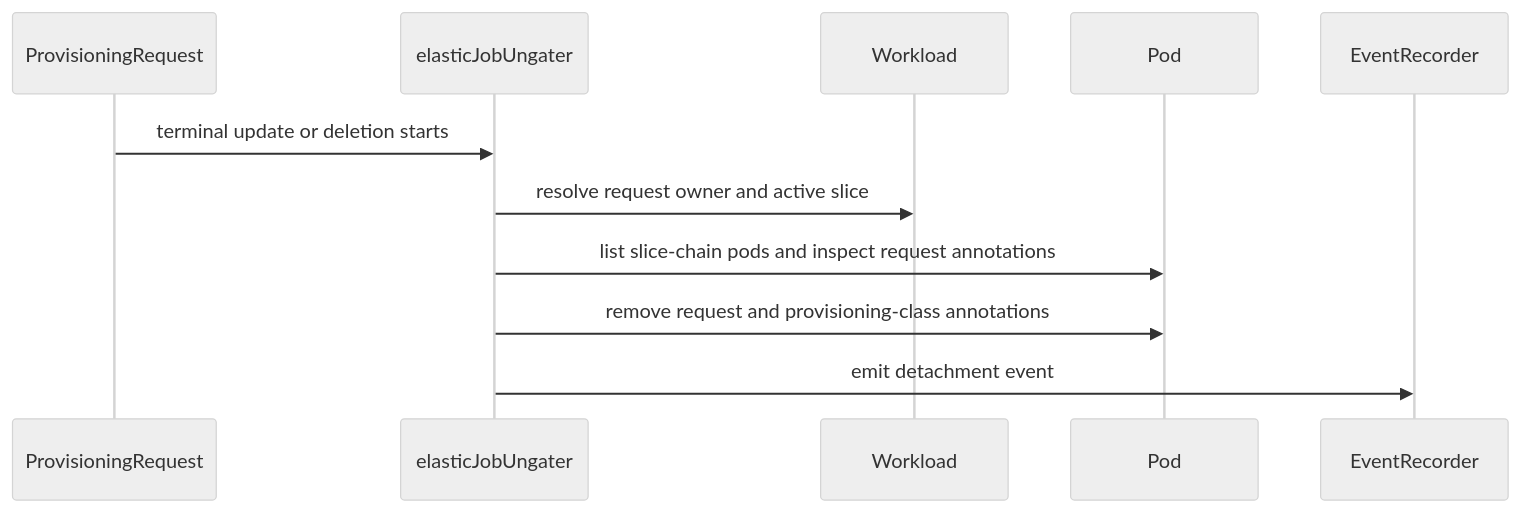
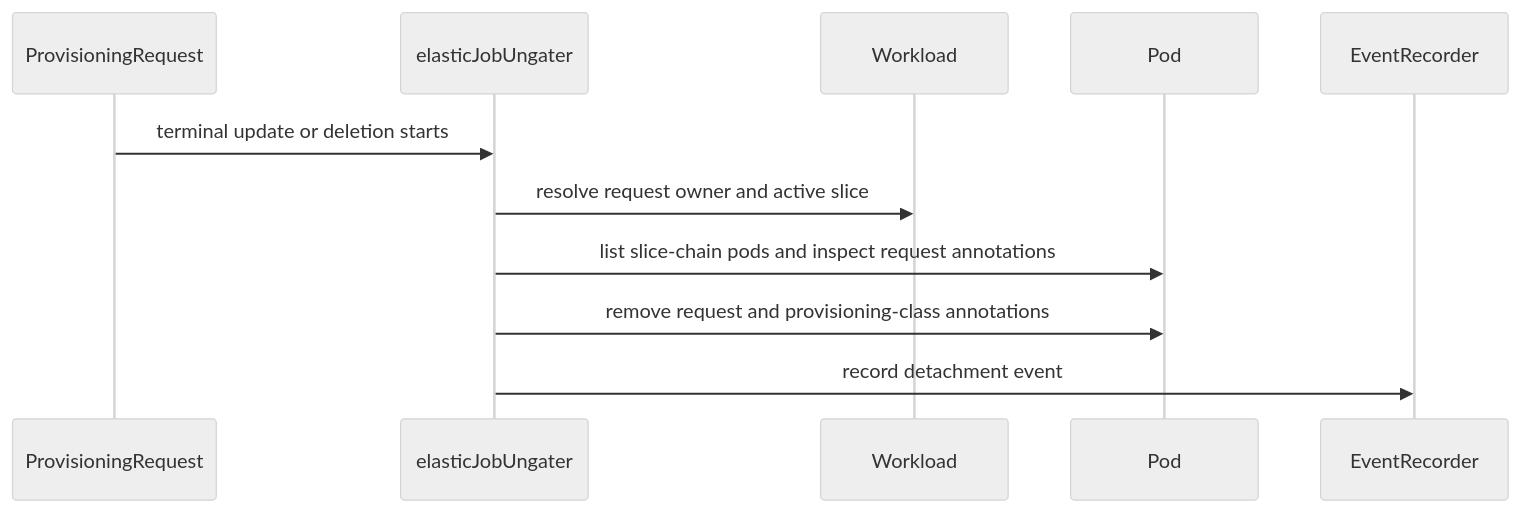
Before and after one commit to reruno/kueue-llm-wiki: the diagram in raw/github/kubernetes-sigs__kueue/pr-18595.md, drawn with Mermaid (neutral theme). The commit also changed other lines of this file and 1319 other files, not shown here.

````diff
--- a/raw/github/kubernetes-sigs__kueue/pr-18595.md
+++ b/raw/github/kubernetes-sigs__kueue/pr-18595.md
@@ -162,13 +190,13 @@
 ```mermaid
 sequenceDiagram
   participant ProvisioningRequest
   participant elasticJobUngater
   participant Workload
   participant Pod
   participant EventRecorder
   ProvisioningRequest->>elasticJobUngater: terminal update or deletion starts
   elasticJobUngater->>Workload: resolve request owner and active slice
   elasticJobUngater->>Pod: list slice-chain pods and inspect request annotations
   elasticJobUngater->>Pod: remove request and provisioning-class annotations
-  elasticJobUngater->>EventRecorder: emit detachment event
+  elasticJobUngater->>EventRecorder: record detachment event
 ```
````
